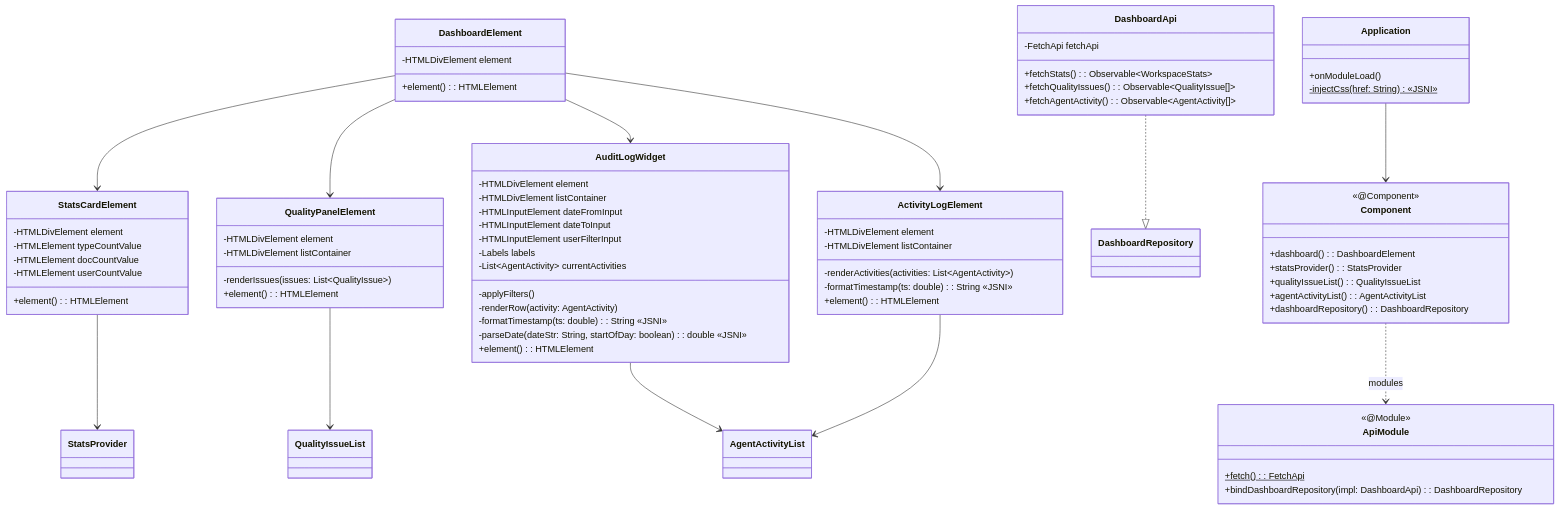
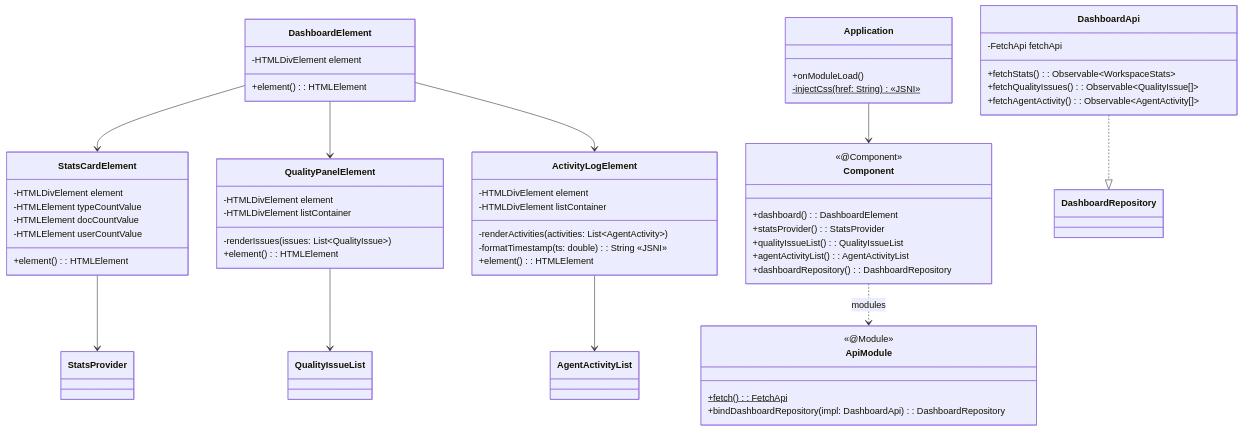
The third of 3 diagrams in dashboard-ui/CLASS-DIAGRAM.md (sayaya1090/handbook), drawn with Mermaid before and after one commit. The commit also changed 645 other files, not shown here.

````diff
--- a/dashboard-ui/CLASS-DIAGRAM.md
+++ b/dashboard-ui/CLASS-DIAGRAM.md
@@ -69,77 +69,60 @@
 ```mermaid
 classDiagram
     class DashboardApi {
         -FetchApi fetchApi
         +fetchStats(): Observable~WorkspaceStats~
         +fetchQualityIssues(): Observable~QualityIssue[]~
         +fetchAgentActivity(): Observable~AgentActivity[]~
     }
     class StatsCardElement {
         -HTMLDivElement element
         -HTMLElement typeCountValue
         -HTMLElement docCountValue
         -HTMLElement userCountValue
         +element(): HTMLElement
     }
     class QualityPanelElement {
         -HTMLDivElement element
         -HTMLDivElement listContainer
         -renderIssues(issues: List~QualityIssue~)
         +element(): HTMLElement
     }
     class ActivityLogElement {
         -HTMLDivElement element
         -HTMLDivElement listContainer
         -renderActivities(activities: List~AgentActivity~)
         -formatTimestamp(ts: double): String «JSNI»
         +element(): HTMLElement
     }
     class DashboardElement {
         -HTMLDivElement element
         +element(): HTMLElement
     }
     class ApiModule {
         <<@Module>>
         +fetch(): FetchApi$
         +bindDashboardRepository(impl: DashboardApi): DashboardRepository
     }
     class Application {
         +onModuleLoad()
         -injectCss(href: String)$ «JSNI»
     }
     class Component {
         <<@Component>>
         +dashboard(): DashboardElement
         +statsProvider(): StatsProvider
         +qualityIssueList(): QualityIssueList
         +agentActivityList(): AgentActivityList
         +dashboardRepository(): DashboardRepository
     }
 
     DashboardApi ..|> DashboardRepository
-    class AuditLogWidget {
-        -HTMLDivElement element
-        -HTMLDivElement listContainer
-        -HTMLInputElement dateFromInput
-        -HTMLInputElement dateToInput
-        -HTMLInputElement userFilterInput
-        -Labels labels
-        -List~AgentActivity~ currentActivities
-        -applyFilters()
-        -renderRow(activity: AgentActivity)
-        -formatTimestamp(ts: double): String «JSNI»
-        -parseDate(dateStr: String, startOfDay: boolean): double «JSNI»
-        +element(): HTMLElement
-    }
-
     DashboardElement --> StatsCardElement
     DashboardElement --> QualityPanelElement
     DashboardElement --> ActivityLogElement
-    DashboardElement --> AuditLogWidget
-    AuditLogWidget --> AgentActivityList
     StatsCardElement --> StatsProvider
     QualityPanelElement --> QualityIssueList
     ActivityLogElement --> AgentActivityList
     Application --> Component
     Component ..> ApiModule : modules
 ```
````
